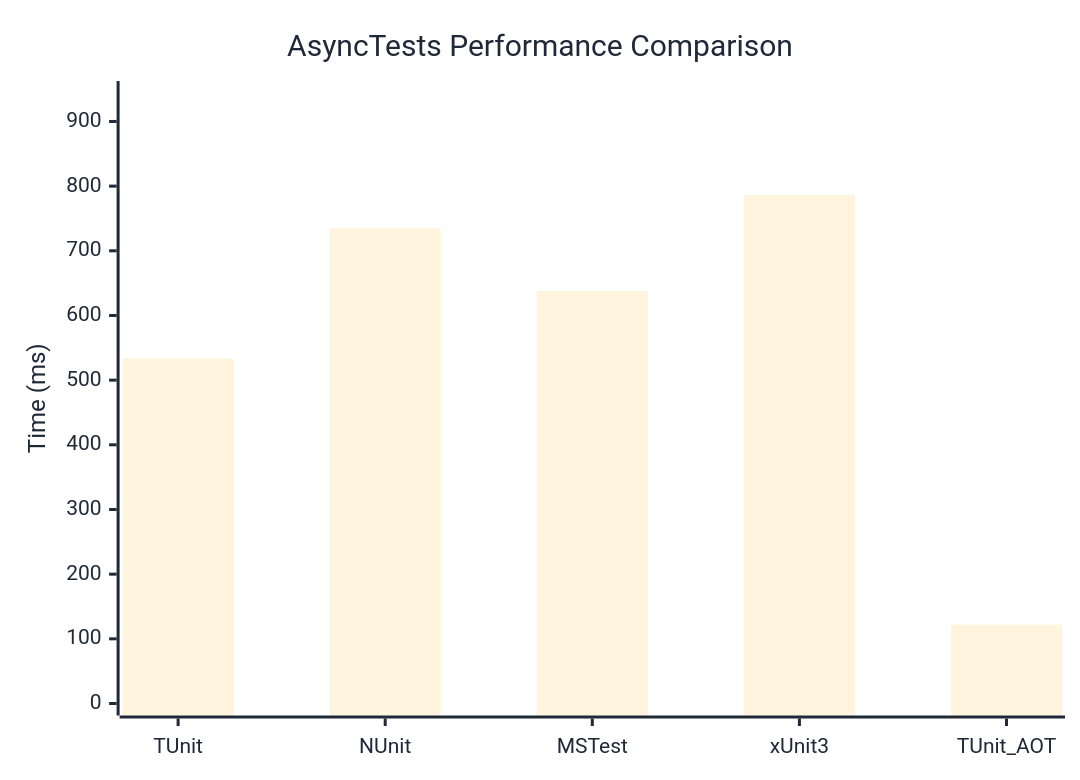
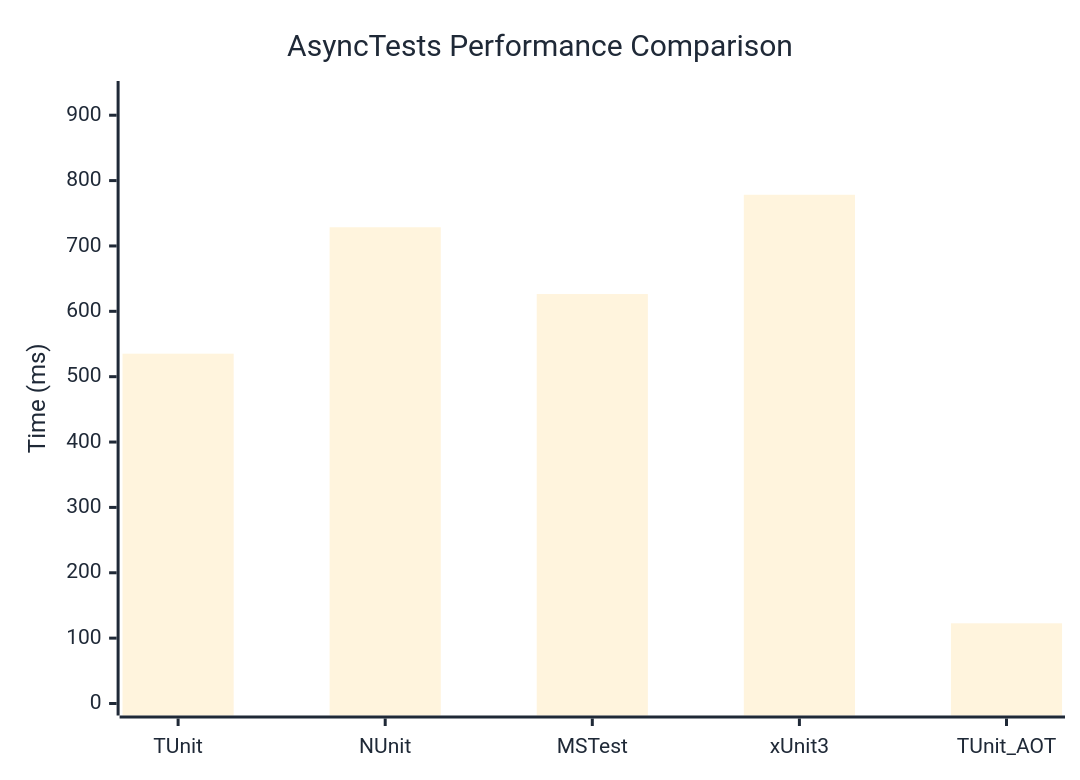
The diagram in docs/docs/benchmarks/AsyncTests.md (thomhurst/TUnit), drawn with Mermaid before and after one commit. The commit also changed other lines of this file and 17 other files, not shown here.

````diff
--- a/docs/docs/benchmarks/AsyncTests.md
+++ b/docs/docs/benchmarks/AsyncTests.md
@@ -27,37 +27,37 @@
 ```mermaid
 %%{init: {
   'theme':'base',
   'themeVariables': {
     'primaryColor': '#2563eb',
     'primaryTextColor': '#1f2937',
     'primaryBorderColor': '#1e40af',
     'lineColor': '#6b7280',
     'secondaryColor': '#7c3aed',
     'tertiaryColor': '#dc2626',
     'background': '#ffffff',
     'mainBkg': '#2563eb',
     'secondBkg': '#7c3aed',
     'tertiaryBkg': '#dc2626',
     'clusterBkg': '#f3f4f6',
     'edgeLabelBackground': '#ffffff',
     'tertiaryTextColor': '#1f2937',
     'pie1': '#2563eb',
     'pie2': '#7c3aed',
     'pie3': '#dc2626',
     'pie4': '#f59e0b',
     'pie5': '#10b981',
     'pie6': '#06b6d4',
     'pie7': '#ec4899',
     'pie8': '#6366f1',
     'pie9': '#84cc16',
     'pie10': '#f97316',
     'pie11': '#14b8a6',
     'pie12': '#a855f7'
   }
 }}%%
 xychart-beta
   title "AsyncTests Performance Comparison"
   x-axis ["TUnit", "NUnit", "MSTest", "xUnit3", "TUnit_AOT"]
-  y-axis "Time (ms)" 0 --> 944
-  bar [533.5, 734.7, 637.9, 786.5, 121.9]
+  y-axis "Time (ms)" 0 --> 934
+  bar [535.2, 728.6, 626.4, 778.3, 122.7]
 ```
````
